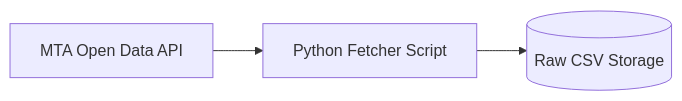
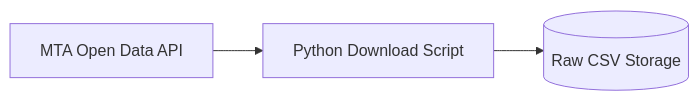
One commit to anthony-lamelas/OnTime changed the fourth of 10 diagrams in SSDS_Section_10_Draft.md. Above: the diagram before and after it, drawn with Mermaid.

Commit message:
chagned name

````diff
--- a/SSDS_Section_10_Draft.md
+++ b/SSDS_Section_10_Draft.md
@@ -93,5 +93,5 @@
 ```mermaid
 flowchart LR
-    MTA[MTA Open Data API] --> Fetcher[Python Fetcher Script]
-    Fetcher --> RawStorage[(Raw CSV Storage)]
+    MTA[MTA Open Data API] --> Downloader[Python Download Script]
+    Downloader --> RawStorage[(Raw CSV Storage)]
 ```
````
